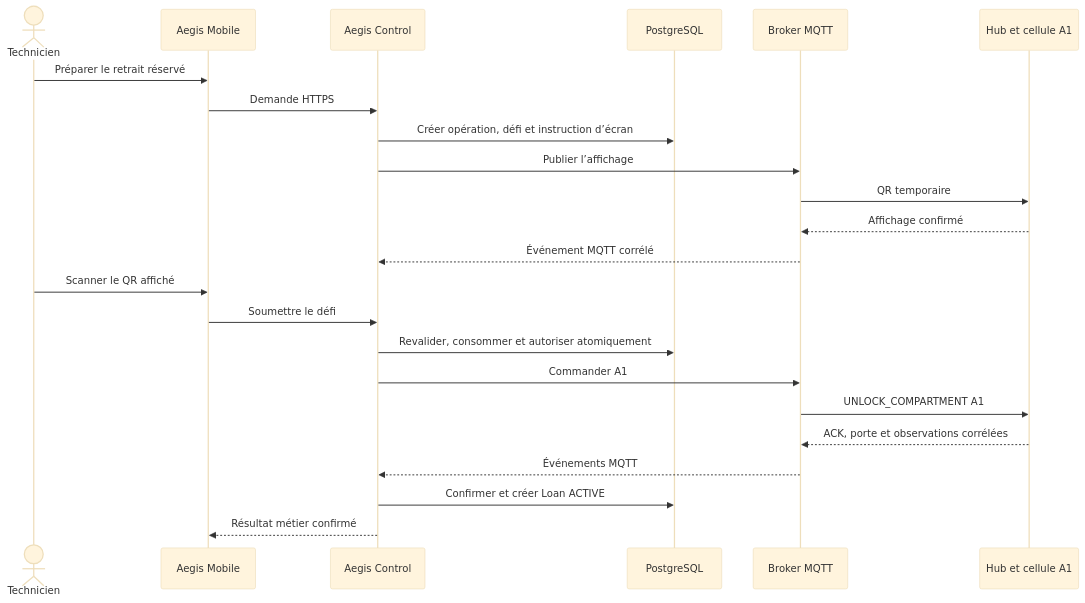
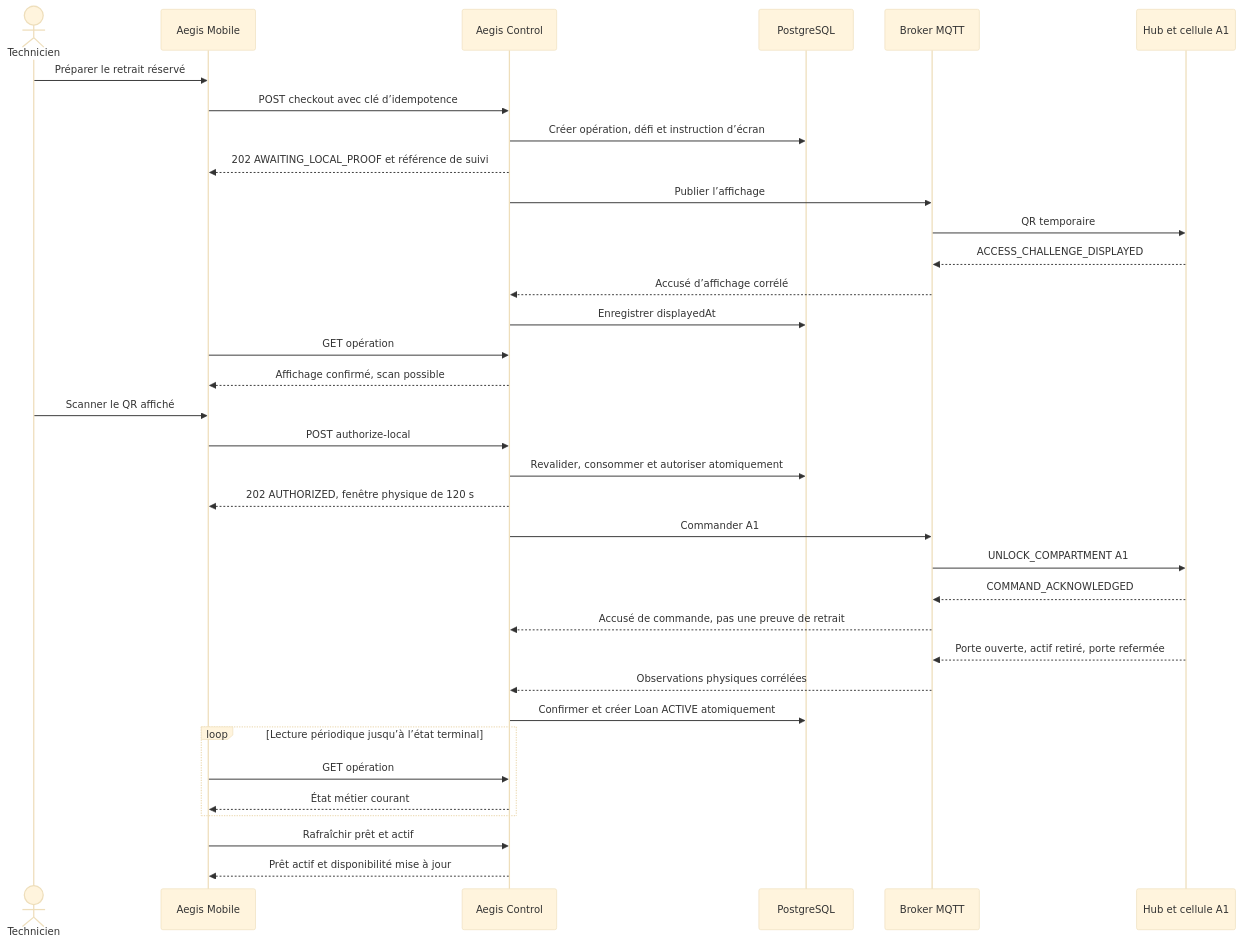
One commit to PhilJordan18/aegis changed the seventh of 8 diagrams in docs/cahier-conception/15-cahier-de-conception.md. Above: the diagram before and after it, drawn with Mermaid (base theme). The commit also changed other lines of this file and 84 other files, not shown here.

````diff
--- a/docs/cahier-conception/15-cahier-de-conception.md
+++ b/docs/cahier-conception/15-cahier-de-conception.md
@@ -545,26 +589,38 @@
 ```mermaid
 sequenceDiagram
     actor T as Technicien
     participant M as Aegis Mobile
     participant A as Aegis Control
     participant D as PostgreSQL
     participant B as Broker MQTT
     participant H as Hub et cellule A1
 
     T->>M: Préparer le retrait réservé
-    M->>A: Demande HTTPS
+    M->>A: POST checkout avec clé d’idempotence
     A->>D: Créer opération, défi et instruction d’écran
+    A-->>M: 202 AWAITING_LOCAL_PROOF et référence de suivi
     A->>B: Publier l’affichage
     B->>H: QR temporaire
-    H-->>B: Affichage confirmé
-    B-->>A: Événement MQTT corrélé
+    H-->>B: ACCESS_CHALLENGE_DISPLAYED
+    B-->>A: Accusé d’affichage corrélé
+    A->>D: Enregistrer displayedAt
+    M->>A: GET opération
+    A-->>M: Affichage confirmé, scan possible
     T->>M: Scanner le QR affiché
-    M->>A: Soumettre le défi
+    M->>A: POST authorize-local
     A->>D: Revalider, consommer et autoriser atomiquement
+    A-->>M: 202 AUTHORIZED, fenêtre physique de 120 s
     A->>B: Commander A1
     B->>H: UNLOCK_COMPARTMENT A1
-    H-->>B: ACK, porte et observations corrélées
-    B-->>A: Événements MQTT
-    A->>D: Confirmer et créer Loan ACTIVE
-    A-->>M: Résultat métier confirmé
+    H-->>B: COMMAND_ACKNOWLEDGED
+    B-->>A: Accusé de commande, pas une preuve de retrait
+    H-->>B: Porte ouverte, actif retiré, porte refermée
+    B-->>A: Observations physiques corrélées
+    A->>D: Confirmer et créer Loan ACTIVE atomiquement
+    loop Lecture périodique jusqu’à l’état terminal
+        M->>A: GET opération
+        A-->>M: État métier courant
+    end
+    M->>A: Rafraîchir prêt et actif
+    A-->>M: Prêt actif et disponibilité mise à jour
 ```
````
